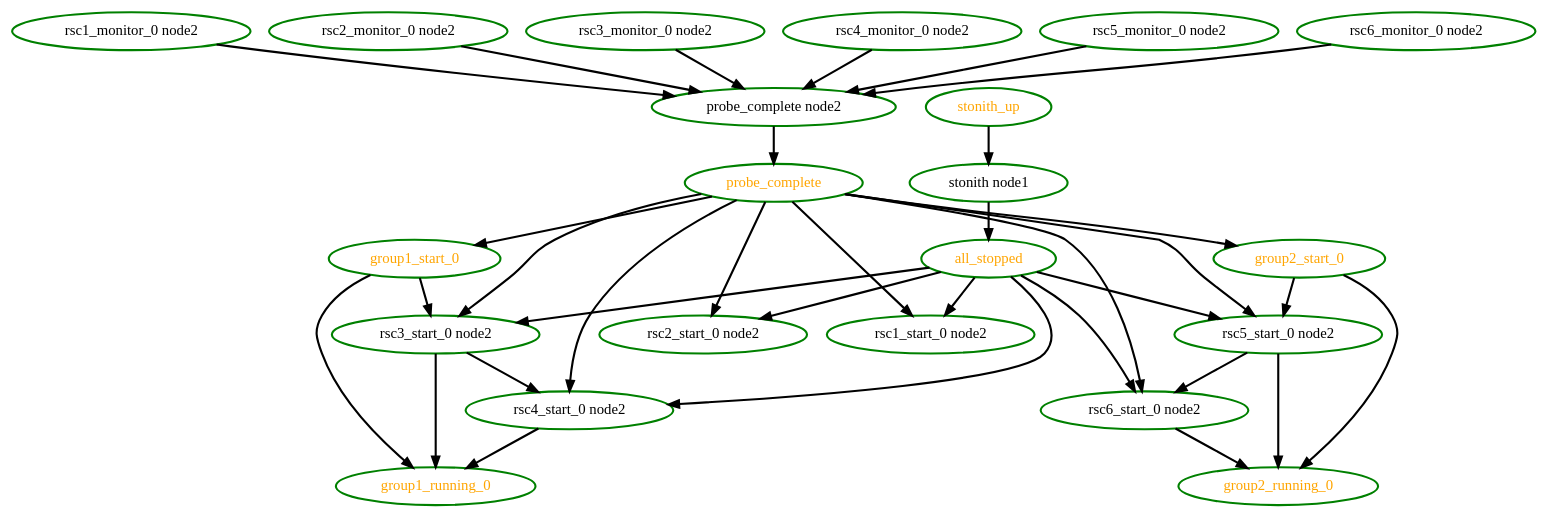
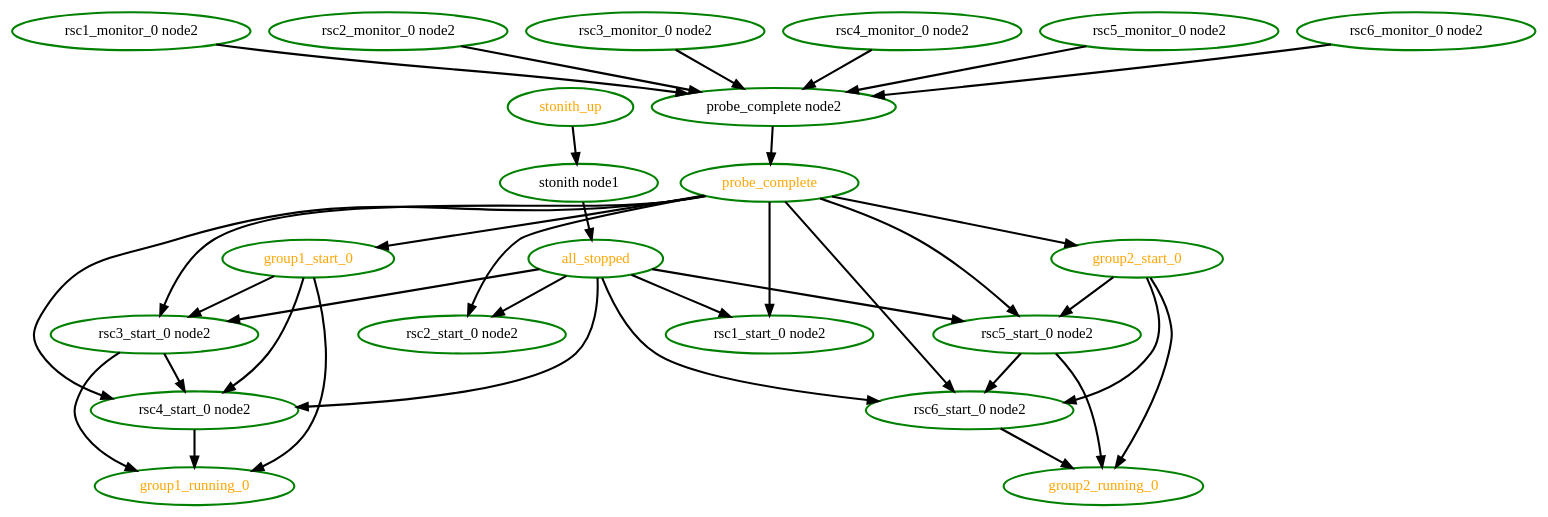
Before and after one commit to linux-ha-japan/pm_diskd: the diagram in pengine/testcases/rec-node-2.dot, drawn with Graphviz. The commit also changed 57 other files, not shown here.

Commit message:
High: PE: Group start ordering fixes Ensure group.start is included in the graph if any of its members are starting.  This allows it to be ordered after group.stopped and group.demoted actions (if any member of the group is being stopped or demoted)

```diff
--- a/pengine/testcases/rec-node-2.dot
+++ b/pengine/testcases/rec-node-2.dot
@@ -1,56 +1,58 @@
  digraph "g" {
 "all_stopped" -> "rsc1_start_0 node2" [ style = bold]
 "all_stopped" -> "rsc2_start_0 node2" [ style = bold]
 "all_stopped" -> "rsc3_start_0 node2" [ style = bold]
 "all_stopped" -> "rsc4_start_0 node2" [ style = bold]
 "all_stopped" -> "rsc5_start_0 node2" [ style = bold]
 "all_stopped" -> "rsc6_start_0 node2" [ style = bold]
 "all_stopped" [ style=bold color="green" fontcolor="orange"  ]
 "group1_running_0" [ style=bold color="green" fontcolor="orange" ]
 "group1_start_0" -> "group1_running_0" [ style = bold]
 "group1_start_0" -> "rsc3_start_0 node2" [ style = bold]
+"group1_start_0" -> "rsc4_start_0 node2" [ style = bold]
 "group1_start_0" [ style=bold color="green" fontcolor="orange" ]
 "group2_running_0" [ style=bold color="green" fontcolor="orange" ]
 "group2_start_0" -> "group2_running_0" [ style = bold]
 "group2_start_0" -> "rsc5_start_0 node2" [ style = bold]
+"group2_start_0" -> "rsc6_start_0 node2" [ style = bold]
 "group2_start_0" [ style=bold color="green" fontcolor="orange" ]
 "probe_complete node2" -> "probe_complete" [ style = bold]
 "probe_complete node2" [ style=bold color="green" fontcolor="black" ]
 "probe_complete" -> "group1_start_0" [ style = bold]
 "probe_complete" -> "group2_start_0" [ style = bold]
 "probe_complete" -> "rsc1_start_0 node2" [ style = bold]
 "probe_complete" -> "rsc2_start_0 node2" [ style = bold]
 "probe_complete" -> "rsc3_start_0 node2" [ style = bold]
 "probe_complete" -> "rsc4_start_0 node2" [ style = bold]
 "probe_complete" -> "rsc5_start_0 node2" [ style = bold]
 "probe_complete" -> "rsc6_start_0 node2" [ style = bold]
 "probe_complete" [ style=bold color="green" fontcolor="orange" ]
 "rsc1_monitor_0 node2" -> "probe_complete node2" [ style = bold]
 "rsc1_monitor_0 node2" [ style=bold color="green" fontcolor="black" ]
 "rsc1_start_0 node2" [ style=bold color="green" fontcolor="black" ]
 "rsc2_monitor_0 node2" -> "probe_complete node2" [ style = bold]
 "rsc2_monitor_0 node2" [ style=bold color="green" fontcolor="black" ]
 "rsc2_start_0 node2" [ style=bold color="green" fontcolor="black" ]
 "rsc3_monitor_0 node2" -> "probe_complete node2" [ style = bold]
 "rsc3_monitor_0 node2" [ style=bold color="green" fontcolor="black" ]
 "rsc3_start_0 node2" -> "group1_running_0" [ style = bold]
 "rsc3_start_0 node2" -> "rsc4_start_0 node2" [ style = bold]
 "rsc3_start_0 node2" [ style=bold color="green" fontcolor="black" ]
 "rsc4_monitor_0 node2" -> "probe_complete node2" [ style = bold]
 "rsc4_monitor_0 node2" [ style=bold color="green" fontcolor="black" ]
 "rsc4_start_0 node2" -> "group1_running_0" [ style = bold]
 "rsc4_start_0 node2" [ style=bold color="green" fontcolor="black" ]
 "rsc5_monitor_0 node2" -> "probe_complete node2" [ style = bold]
 "rsc5_monitor_0 node2" [ style=bold color="green" fontcolor="black" ]
 "rsc5_start_0 node2" -> "group2_running_0" [ style = bold]
 "rsc5_start_0 node2" -> "rsc6_start_0 node2" [ style = bold]
 "rsc5_start_0 node2" [ style=bold color="green" fontcolor="black" ]
 "rsc6_monitor_0 node2" -> "probe_complete node2" [ style = bold]
 "rsc6_monitor_0 node2" [ style=bold color="green" fontcolor="black" ]
 "rsc6_start_0 node2" -> "group2_running_0" [ style = bold]
 "rsc6_start_0 node2" [ style=bold color="green" fontcolor="black" ]
 "stonith node1" -> "all_stopped" [ style = bold]
 "stonith node1" [ style=bold color="green" fontcolor="black" ]
 "stonith_up" -> "stonith node1" [ style = bold]
 "stonith_up" [ style=bold color="green" fontcolor="orange"  ]
 }
```
